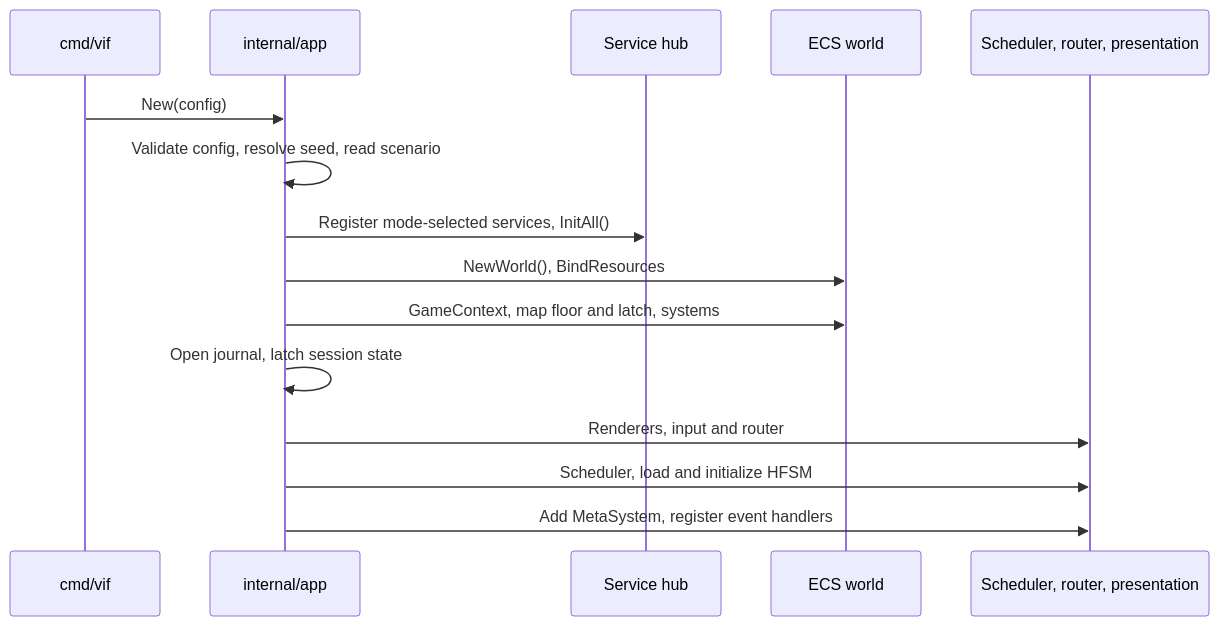
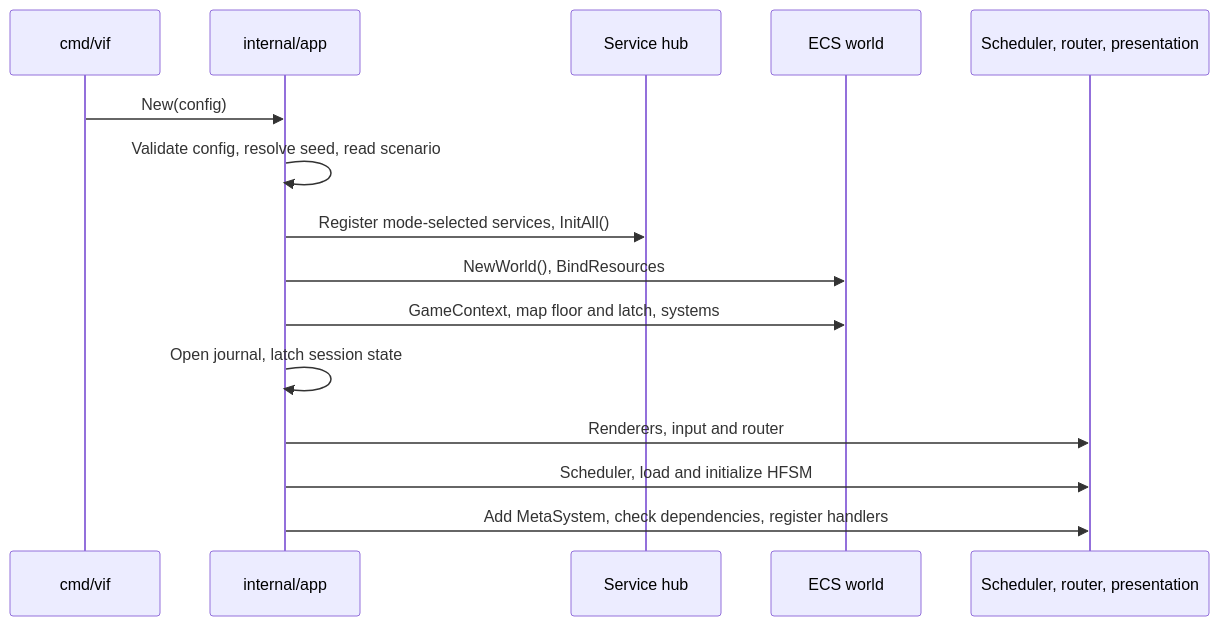
Before and after one commit to lixenwraith/vif: the first of 4 diagrams in doc/runtime.md, drawn with Mermaid. The commit also changed other lines of this file, not shown here.

Commit message:
doc: verify the runtime sweep against the code

````diff
--- a/doc/runtime.md
+++ b/doc/runtime.md
@@ -276,18 +276,18 @@
 ```mermaid
 sequenceDiagram
     participant Main as cmd/vif
     participant App as internal/app
     participant Hub as Service hub
     participant World as ECS world
     participant Runtime as Scheduler, router, presentation
 
     Main->>App: New(config)
     App->>App: Validate config, resolve seed, read scenario
     App->>Hub: Register mode-selected services, InitAll()
     App->>World: NewWorld(), BindResources
     App->>World: GameContext, map floor and latch, systems
     App->>App: Open journal, latch session state
     App->>Runtime: Renderers, input and router
     App->>Runtime: Scheduler, load and initialize HFSM
-    App->>Runtime: Add MetaSystem, register event handlers
+    App->>Runtime: Add MetaSystem, check dependencies, register handlers
 ```
````
